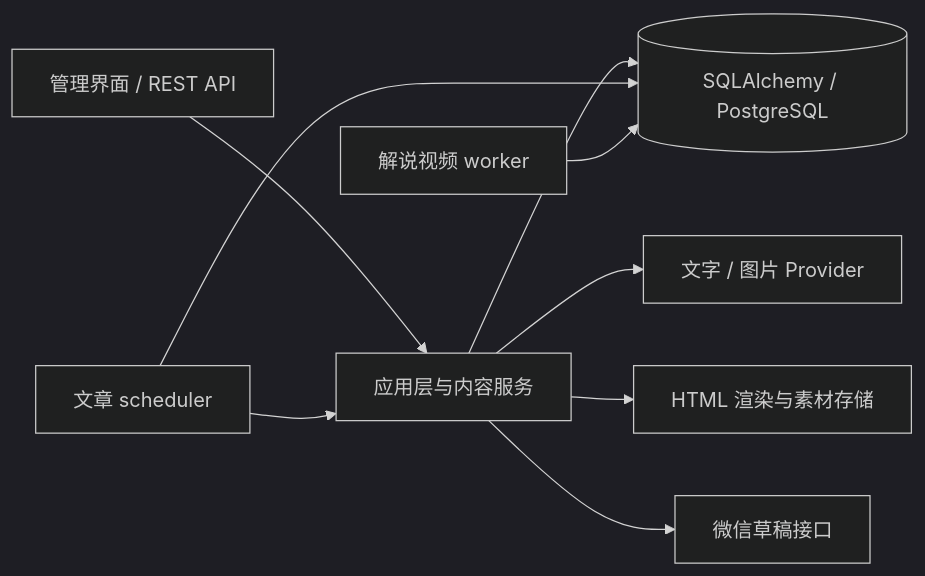
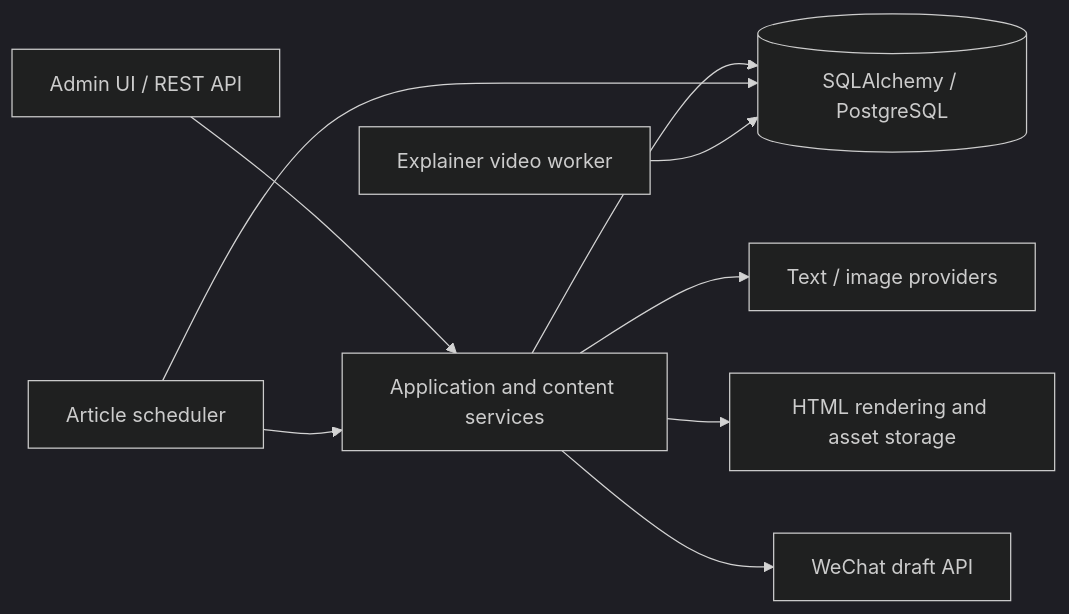
One commit to David-the-happy-piglet/wechat-cg changed the diagram in README.md. Above: the diagram before and after it, drawn with Mermaid (dark theme). The commit also changed other lines of this file and 1 other file, not shown here.

````diff
--- a/README.md
+++ b/README.md
@@ -36,11 +38,11 @@
 ```mermaid
 flowchart LR
-    U[管理界面 / REST API] --> A[应用层与内容服务]
+    U[Admin UI / REST API] --> A[Application and content services]
     A --> DB[(SQLAlchemy / PostgreSQL)]
-    S[文章 scheduler] --> DB
-    V[解说视频 worker] --> DB
+    S[Article scheduler] --> DB
+    V[Explainer video worker] --> DB
     S --> A
-    A --> L[文字 / 图片 Provider]
-    A --> R[HTML 渲染与素材存储]
-    A --> W[微信草稿接口]
+    A --> L[Text / image providers]
+    A --> R[HTML rendering and asset storage]
+    A --> W[WeChat draft API]
 ```
````
